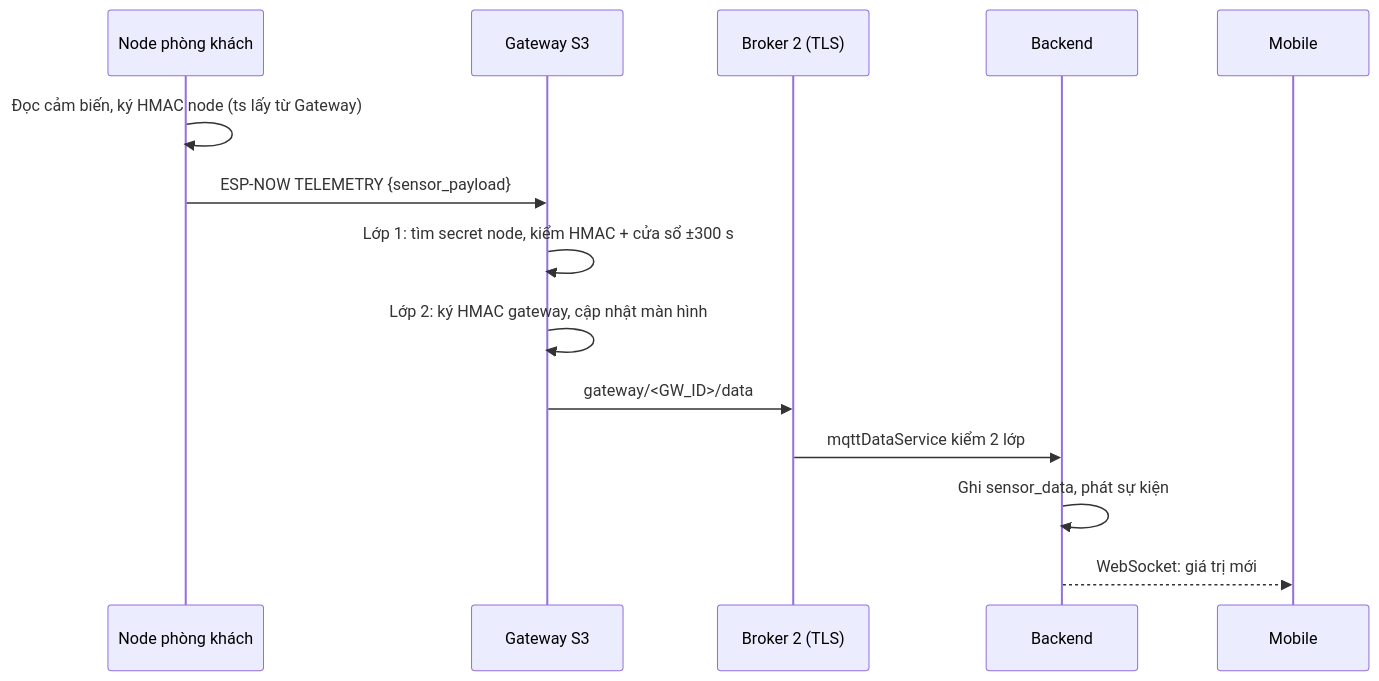
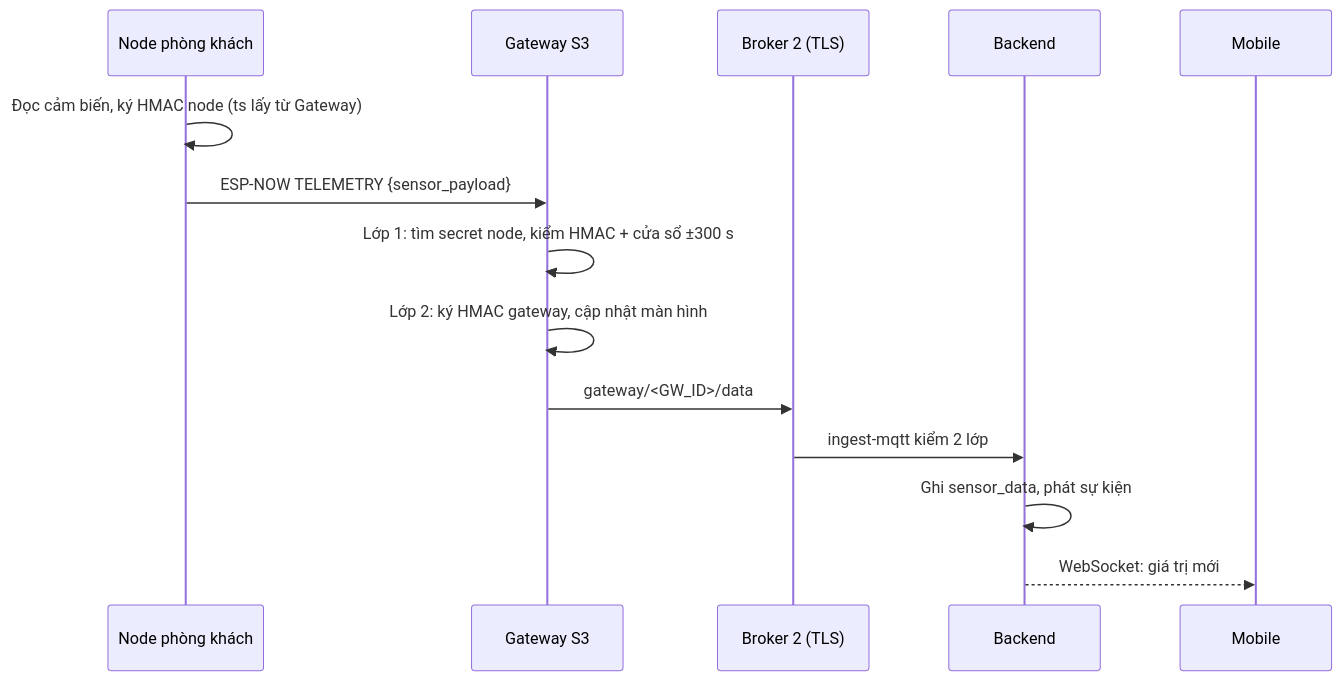
The third of 5 diagrams in docs/firmware/IOT_NODE_NETWORK.md (Noxxsanl/secure-smart-home), drawn with Mermaid before and after one commit. The commit also changed other lines of this file and 562 other files, not shown here.

````diff
--- a/docs/firmware/IOT_NODE_NETWORK.md
+++ b/docs/firmware/IOT_NODE_NETWORK.md
@@ -343,17 +343,17 @@
 ```mermaid
 sequenceDiagram
     participant N as Node phòng khách
     participant G as Gateway S3
     participant B as Broker 2 (TLS)
     participant S as Backend
     participant M as Mobile
 
     N->>N: Đọc cảm biến, ký HMAC node (ts lấy từ Gateway)
     N->>G: ESP-NOW TELEMETRY {sensor_payload}
     G->>G: Lớp 1: tìm secret node, kiểm HMAC + cửa sổ ±300 s
     G->>G: Lớp 2: ký HMAC gateway, cập nhật màn hình
     G->>B: gateway/<GW_ID>/data
-    B->>S: mqttDataService kiểm 2 lớp
+    B->>S: ingest-mqtt kiểm 2 lớp
     S->>S: Ghi sensor_data, phát sự kiện
     S-->>M: WebSocket: giá trị mới
 ```
````
